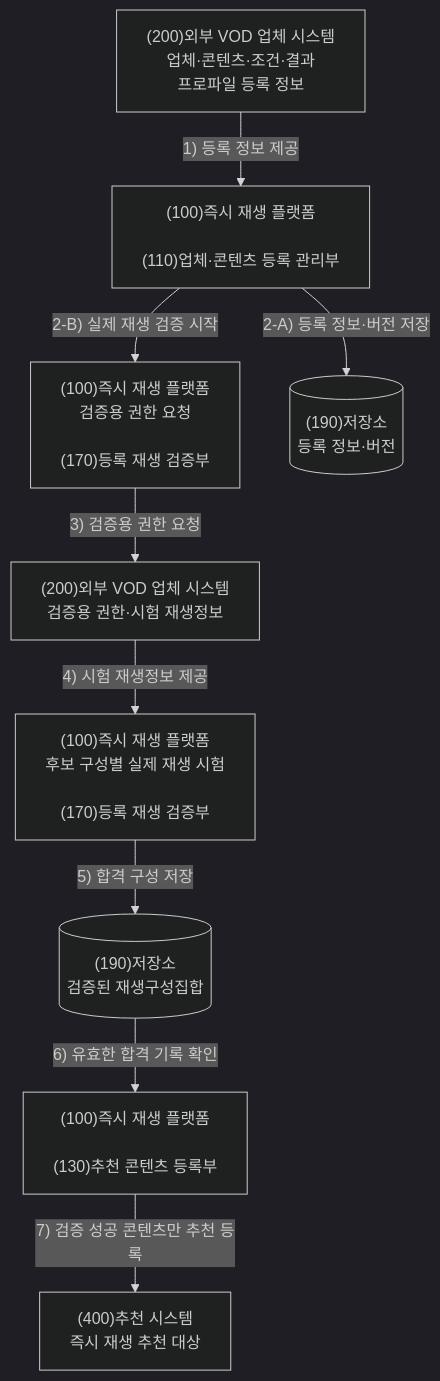
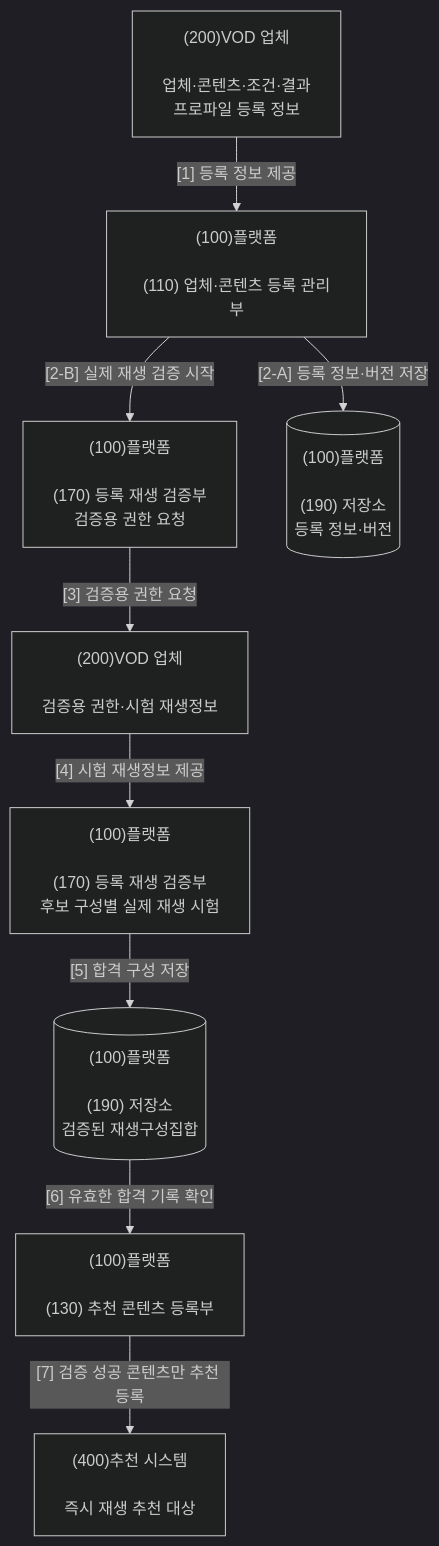
Before and after one commit to growdai1y/instant-play: the second of 11 diagrams in instant_play_직무발명서_가독성개선본.md, drawn with Mermaid (dark theme). The commit also changed other lines of this file and 1 other file, not shown here.

Commit message:
Standardize Mermaid diagram labels

````diff
--- a/instant_play_직무발명서_가독성개선본.md
+++ b/instant_play_직무발명서_가독성개선본.md
@@ -177,21 +177,21 @@
 ```mermaid
 flowchart TB
-    PREG["(200)외부 VOD 업체 시스템<br/>업체·콘텐츠·조건·결과<br/>프로파일 등록 정보"]
-    MANAGE["(100)즉시 재생 플랫폼<br/><br/>(110)업체·콘텐츠 등록 관리부"]
-    VERIFY_REQUEST["(100)즉시 재생 플랫폼<br/>검증용 권한 요청<br/><br/>(170)등록 재생 검증부"]
-    PTEST["(200)외부 VOD 업체 시스템<br/>검증용 권한·시험 재생정보"]
-    VERIFY_RUN["(100)즉시 재생 플랫폼<br/>후보 구성별 실제 재생 시험<br/><br/>(170)등록 재생 검증부"]
-    REG_STORE[("(190)저장소<br/>등록 정보·버전")]
-    VERIFIED_STORE[("(190)저장소<br/>검증된 재생구성집합")]
-    RECREG["(100)즉시 재생 플랫폼<br/><br/>(130)추천 콘텐츠 등록부"]
-    RECOMMEND["(400)추천 시스템<br/>즉시 재생 추천 대상"]
+    PREG["(200)VOD 업체<br/><br/>업체·콘텐츠·조건·결과<br/>프로파일 등록 정보"]
+    MANAGE["(100)플랫폼<br/><br/>(110) 업체·콘텐츠 등록 관리부"]
+    VERIFY_REQUEST["(100)플랫폼<br/><br/>(170) 등록 재생 검증부<br/>검증용 권한 요청"]
+    PTEST["(200)VOD 업체<br/><br/>검증용 권한·시험 재생정보"]
+    VERIFY_RUN["(100)플랫폼<br/><br/>(170) 등록 재생 검증부<br/>후보 구성별 실제 재생 시험"]
+    REG_STORE[("(100)플랫폼<br/><br/>(190) 저장소<br/>등록 정보·버전")]
+    VERIFIED_STORE[("(100)플랫폼<br/><br/>(190) 저장소<br/>검증된 재생구성집합")]
+    RECREG["(100)플랫폼<br/><br/>(130) 추천 콘텐츠 등록부"]
+    RECOMMEND["(400)추천 시스템<br/><br/>즉시 재생 추천 대상"]
 
-    PREG -->|"1) 등록 정보 제공"| MANAGE
-    MANAGE -->|"2-A) 등록 정보·버전 저장"| REG_STORE
-    MANAGE -->|"2-B) 실제 재생 검증 시작"| VERIFY_REQUEST
-    VERIFY_REQUEST -->|"3) 검증용 권한 요청"| PTEST
-    PTEST -->|"4) 시험 재생정보 제공"| VERIFY_RUN
-    VERIFY_RUN -->|"5) 합격 구성 저장"| VERIFIED_STORE
-    VERIFIED_STORE -->|"6) 유효한 합격 기록 확인"| RECREG
-    RECREG -->|"7) 검증 성공 콘텐츠만 추천 등록"| RECOMMEND
+    PREG -->|"[1] 등록 정보 제공"| MANAGE
+    MANAGE -->|"[2-A] 등록 정보·버전 저장"| REG_STORE
+    MANAGE -->|"[2-B] 실제 재생 검증 시작"| VERIFY_REQUEST
+    VERIFY_REQUEST -->|"[3] 검증용 권한 요청"| PTEST
+    PTEST -->|"[4] 시험 재생정보 제공"| VERIFY_RUN
+    VERIFY_RUN -->|"[5] 합격 구성 저장"| VERIFIED_STORE
+    VERIFIED_STORE -->|"[6] 유효한 합격 기록 확인"| RECREG
+    RECREG -->|"[7] 검증 성공 콘텐츠만 추천 등록"| RECOMMEND
 ```
````
